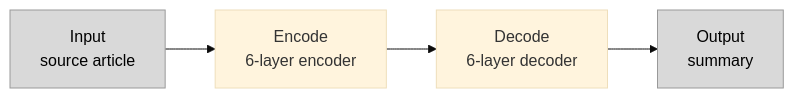
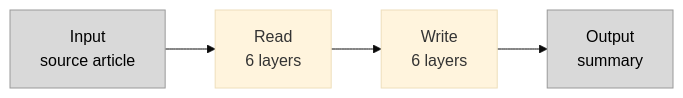
The fifth of 5 diagrams in README.md (FatemaKotb/Comparing-Summarization-Models-on-CNN-DailyMail), drawn with Mermaid (base theme) before and after one commit. The commit also changed other lines of this file, not shown here.

````diff
--- a/README.md
+++ b/README.md
@@ -147,8 +148,8 @@
 ```mermaid
 flowchart LR
-    I[Input<br/>source article] --> E[Encode<br/>6-layer encoder]
-    E --> D[Decode<br/>6-layer decoder]
+    I[Input<br/>source article] --> E[Read<br/>6 layers]
+    E --> D[Write<br/>6 layers]
     D --> O[Output<br/>summary]
     classDef io fill:#d9d9d9,stroke:#999999,color:#000000
     class I,O io
 ```
````
